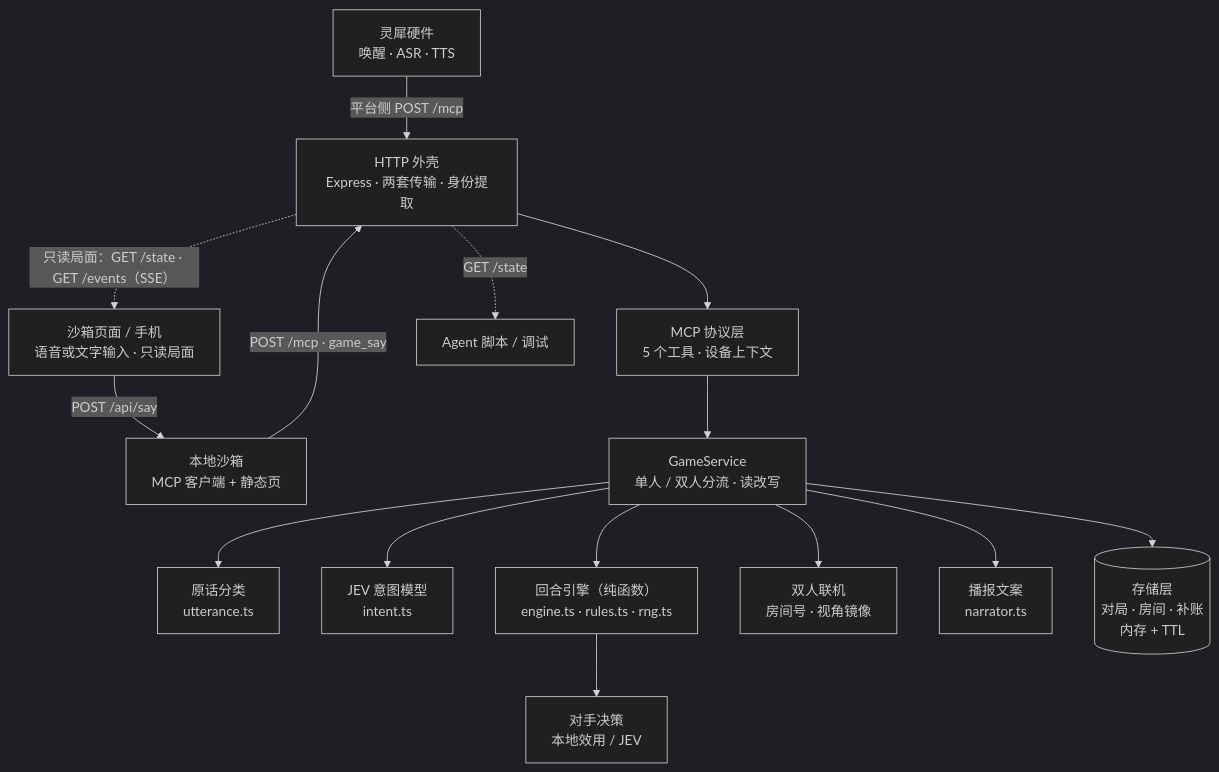
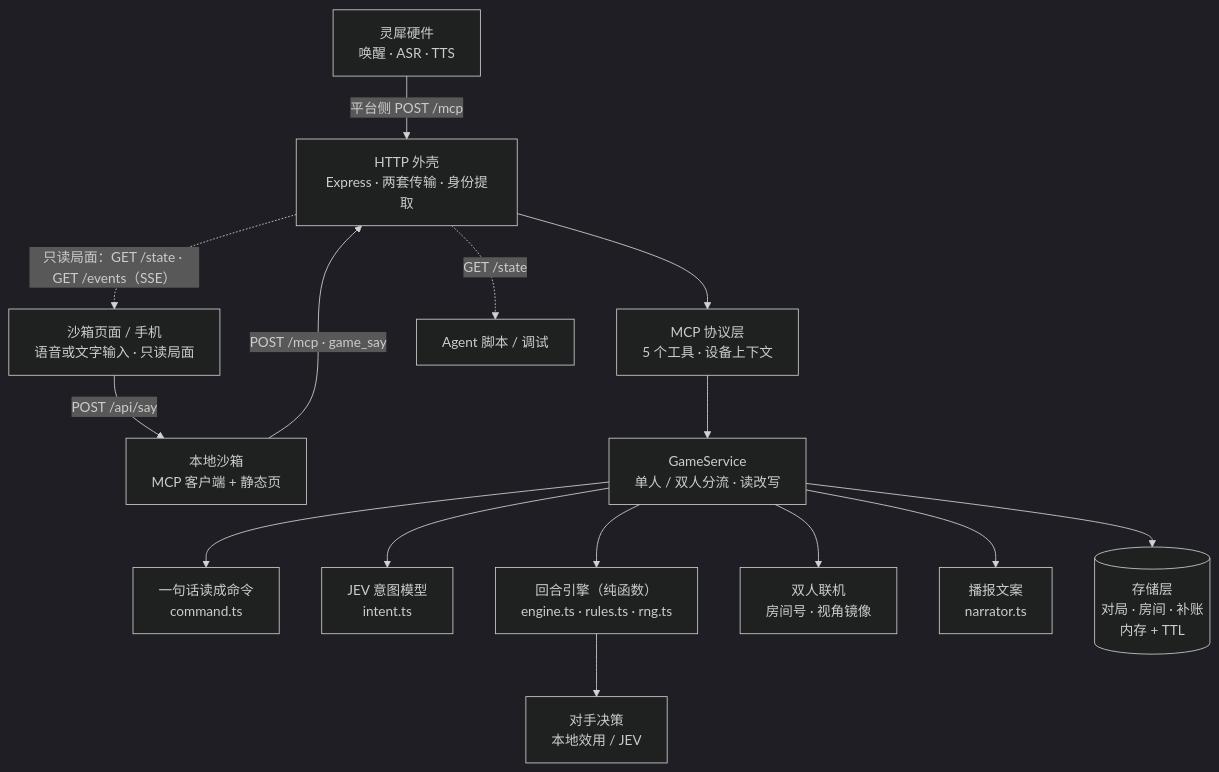
One commit to sorcerer-ma/linx-fighter changed the diagram in README.md. Above: the diagram before and after it, drawn with Mermaid (dark theme). The commit also changed other lines of this file and 10 other files, not shown here.

````diff
--- a/README.md
+++ b/README.md
@@ -171,17 +171,17 @@
 ```mermaid
 flowchart TB
   Device["灵犀硬件<br/>唤醒 · ASR · TTS"] -- "平台侧 POST /mcp" --> Http
   Web["沙箱页面 / 手机<br/>语音或文字输入 · 只读局面"] -- "POST /api/say" --> Sandbox["本地沙箱<br/>MCP 客户端 + 静态页"]
   Sandbox -- "POST /mcp · game_say" --> Http
   Http["HTTP 外壳<br/>Express · 两套传输 · 身份提取"] --> Mcp["MCP 协议层<br/>5 个工具 · 设备上下文"]
   Mcp --> Service["GameService<br/>单人 / 双人分流 · 读改写"]
-  Service --> Utterance["原话分类<br/>utterance.ts"]
+  Service --> Command["一句话读成命令<br/>command.ts"]
   Service --> Intent["JEV 意图模型<br/>intent.ts"]
   Service --> Engine["回合引擎（纯函数）<br/>engine.ts · rules.ts · rng.ts"]
   Engine --> Enemy["对手决策<br/>本地效用 / JEV"]
   Service --> Pvp["双人联机<br/>房间号 · 视角镜像"]
   Service --> Narrator["播报文案<br/>narrator.ts"]
   Service --> Stores[("存储层<br/>对局 · 房间 · 补账<br/>内存 + TTL")]
   Http -.->|"只读局面：GET /state · GET /events（SSE）"| Web
   Http -.->|"GET /state"| Agent["Agent 脚本 / 调试"]
 ```
````
